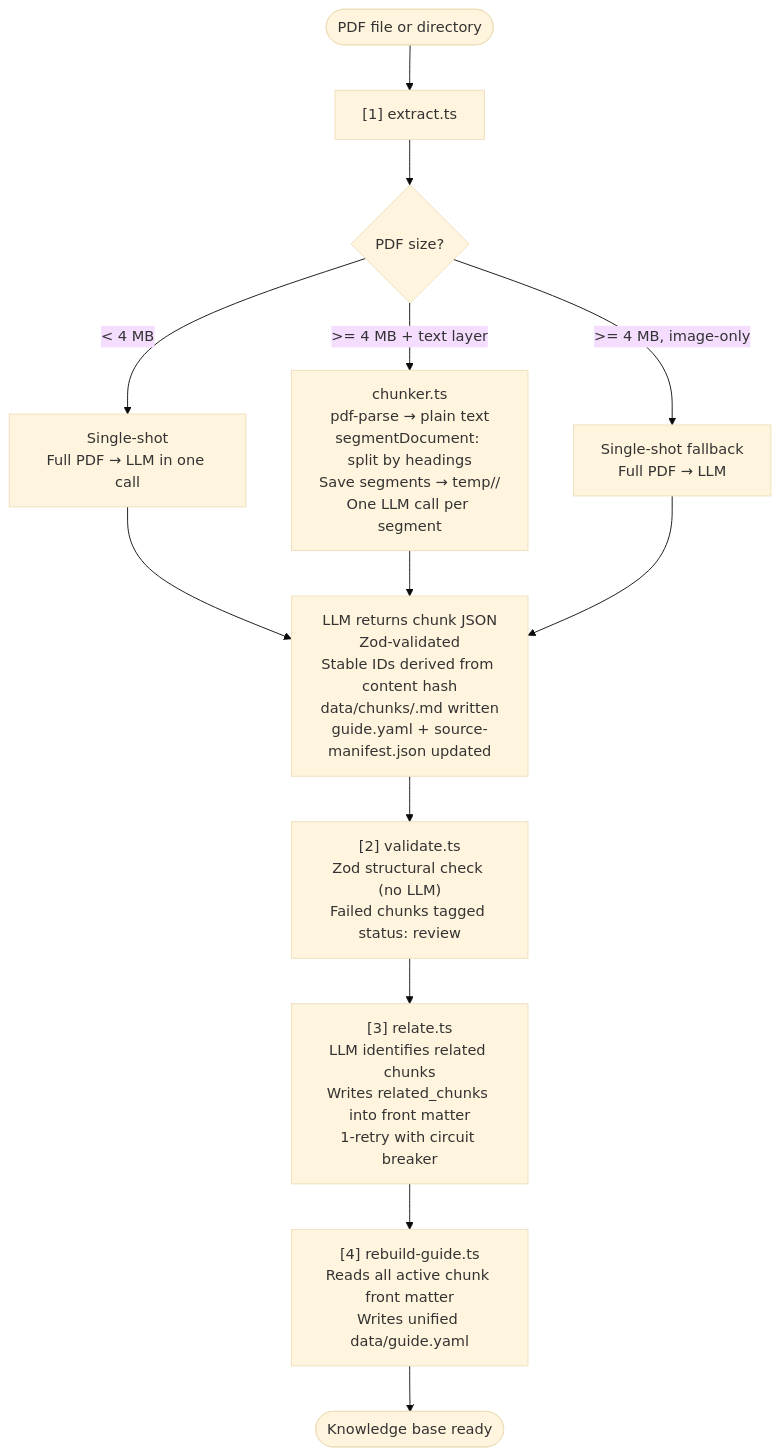
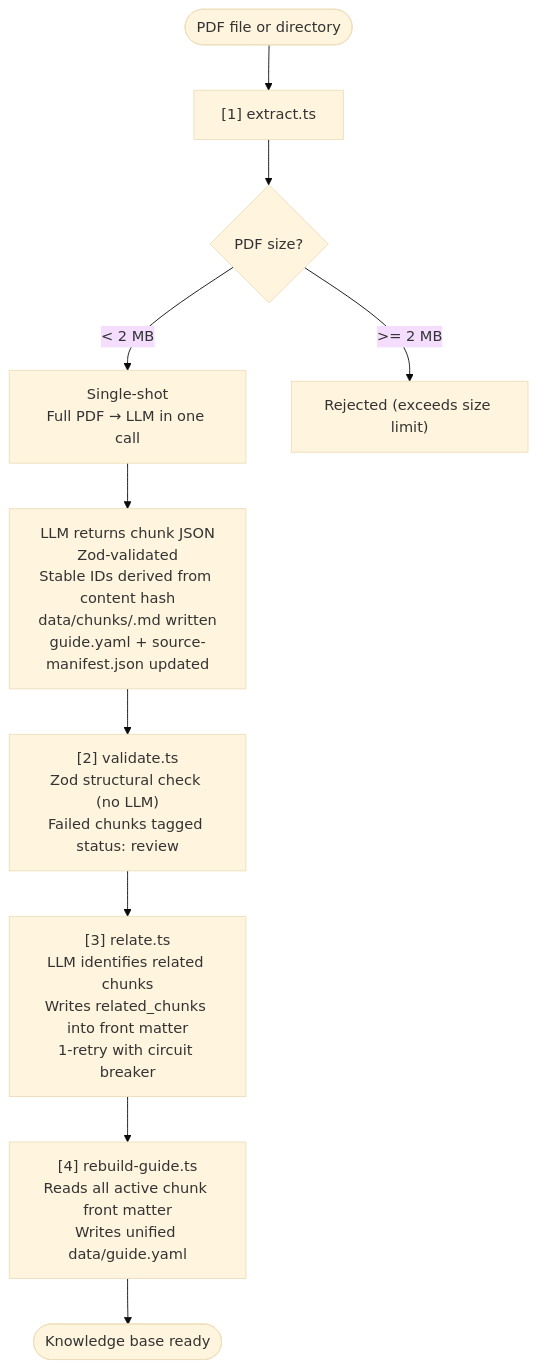
Before and after one commit to amritanshu-acog/hwl-chat-poc: the first of 2 diagrams in GUIDE.md, drawn with Mermaid (base theme). The commit also changed other lines of this file and 27 other files, not shown here.

````diff
--- a/GUIDE.md
+++ b/GUIDE.md
@@ -256,22 +254,19 @@
 ```mermaid
 flowchart TD
     A([PDF file or directory]) --> B["[1] extract.ts"]
 
     B --> C{PDF size?}
 
-    C -->|"< 4 MB"| D["Single-shot\nFull PDF → LLM in one call"]
-    C -->|">= 4 MB + text layer"| E["chunker.ts\npdf-parse → plain text\nsegmentDocument: split by headings\nSave segments → temp/<type>/\nOne LLM call per segment"]
-    C -->|">= 4 MB, image-only"| F["Single-shot fallback\nFull PDF → LLM"]
+    C -->|"< 2 MB"| D["Single-shot\nFull PDF → LLM in one call"]
+    C -->|">= 2 MB"| F["Rejected (exceeds size limit)"]
 
     D --> G["LLM returns chunk JSON\nZod-validated\nStable IDs derived from content hash\ndata/chunks/<id>.md written\nguide.yaml + source-manifest.json updated"]
-    E --> G
-    F --> G
 
     G --> H["[2] validate.ts\nZod structural check (no LLM)\nFailed chunks tagged status: review"]
 
     H --> I["[3] relate.ts\nLLM identifies related chunks\nWrites related_chunks into front matter\n1-retry with circuit breaker"]
 
     I --> J["[4] rebuild-guide.ts\nReads all active chunk front matter\nWrites unified data/guide.yaml"]
 
     J --> K([Knowledge base ready])
 ```
````
